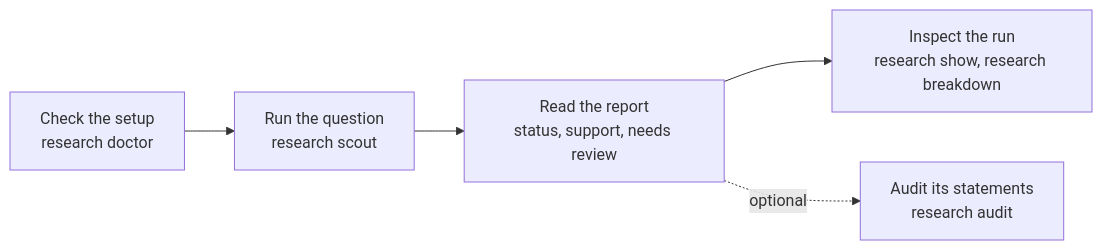
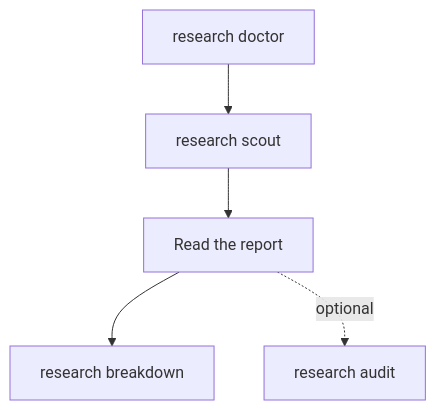
One commit to rjanseko/research-loop changed the first of 3 diagrams in README.md. Above: the diagram before and after it, drawn with Mermaid. The commit also changed other lines of this file, not shown here.

First line of the commit message:
Draw the README's diagrams top to bottom with fewer, shorter boxes

````diff
--- a/README.md
+++ b/README.md
@@ -98,7 +98,7 @@
 ```mermaid
-flowchart LR
-    doctor["Check the setup<br/>research doctor"] --> run["Run the question<br/>research scout"]
-    run --> read["Read the report<br/>status, support, needs review"]
-    read --> inspect["Inspect the run<br/>research show, research breakdown"]
-    read -. "optional" .-> audit["Audit its statements<br/>research audit"]
+flowchart TD
+    doctor["research doctor"] --> run["research scout"]
+    run --> read["Read the report"]
+    read --> inspect["research breakdown"]
+    read -. "optional" .-> audit["research audit"]
 ```
````
